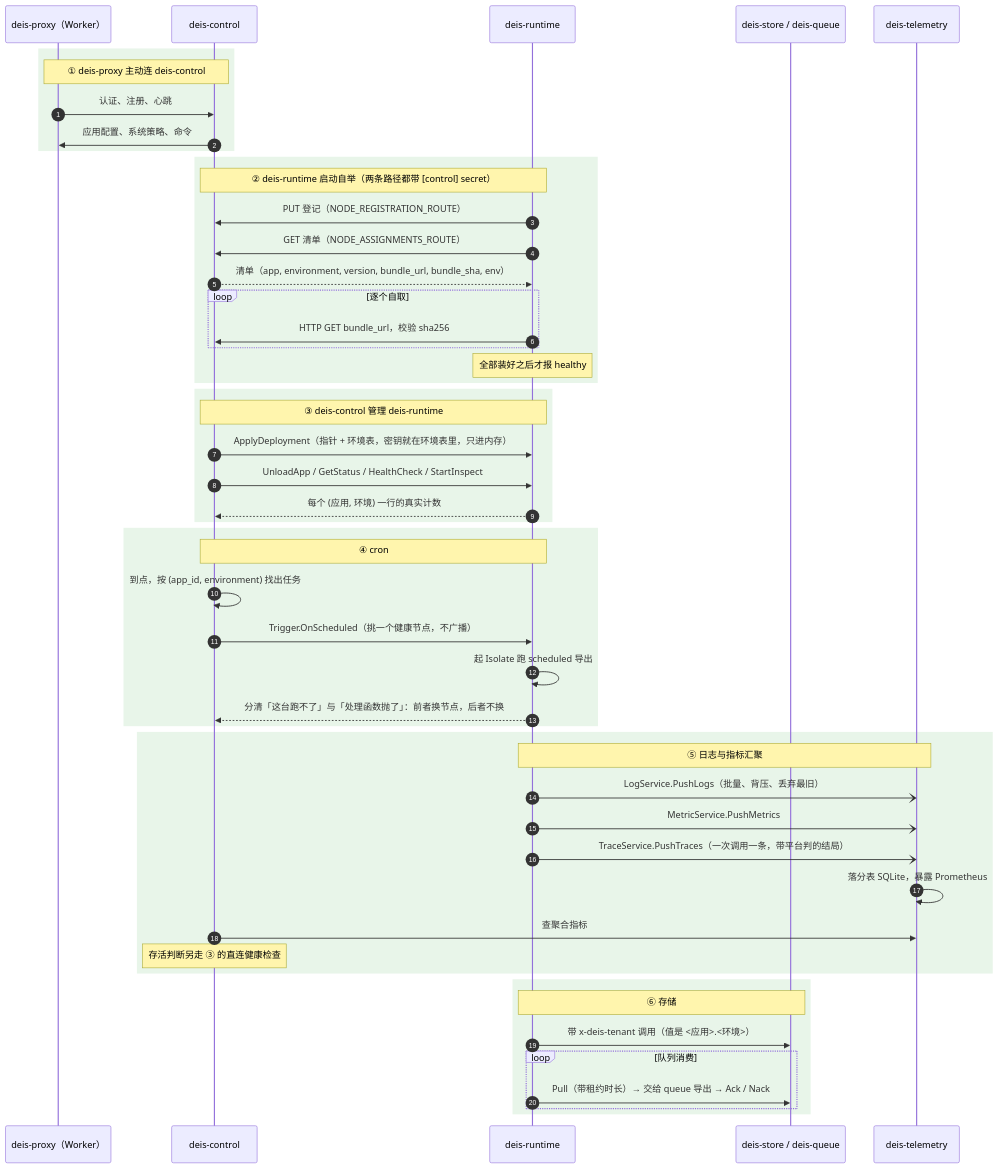
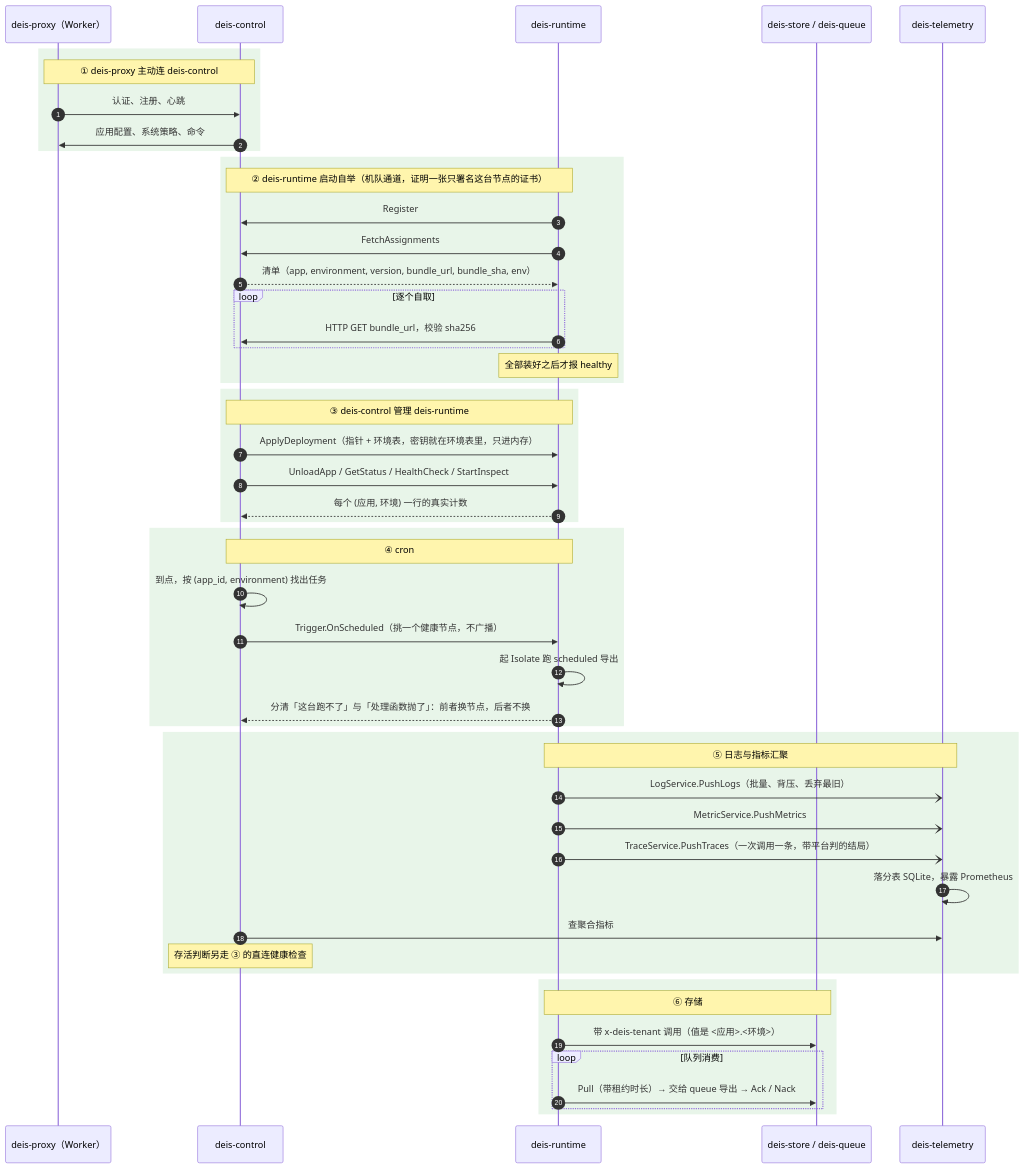
One commit to deislet/deislet changed the fifth of 6 diagrams in docs/architecture.zh.md. Above: the diagram before and after it, drawn with Mermaid. The commit also changed other lines of this file and 15 other files, not shown here.

````diff
--- a/docs/architecture.zh.md
+++ b/docs/architecture.zh.md
@@ -382,59 +385,59 @@
 ```mermaid
 sequenceDiagram
     autonumber
     participant F as deis-proxy（Worker）
     participant R as deis-control
     participant X as deis-runtime
     participant D as deis-store / deis-queue
     participant L as deis-telemetry
 
     rect rgb(232, 245, 233)
     Note over F,R: ① deis-proxy 主动连 deis-control
     F->>R: 认证、注册、心跳
     R->>F: 应用配置、系统策略、命令
     end
 
     rect rgb(232, 245, 233)
-    Note over X,R: ② deis-runtime 启动自举（两条路径都带 [control] secret）
-    X->>R: PUT 登记（NODE_REGISTRATION_ROUTE）
-    X->>R: GET 清单（NODE_ASSIGNMENTS_ROUTE）
+    Note over X,R: ② deis-runtime 启动自举（机队通道，证明一张只署名这台节点的证书）
+    X->>R: Register
+    X->>R: FetchAssignments
     R-->>X: 清单（app, environment, version, bundle_url, bundle_sha, env）
     loop 逐个自取
         X->>R: HTTP GET bundle_url，校验 sha256
     end
     Note over X: 全部装好之后才报 healthy
     end
 
     rect rgb(232, 245, 233)
     Note over R,X: ③ deis-control 管理 deis-runtime
     R->>X: ApplyDeployment（指针 + 环境表，密钥就在环境表里，只进内存）
     R->>X: UnloadApp / GetStatus / HealthCheck / StartInspect
     X-->>R: 每个 (应用, 环境) 一行的真实计数
     end
 
     rect rgb(232, 245, 233)
     Note over R,X: ④ cron
     R->>R: 到点，按 (app_id, environment) 找出任务
     R->>X: Trigger.OnScheduled（挑一个健康节点，不广播）
     X->>X: 起 Isolate 跑 scheduled 导出
     X-->>R: 分清「这台跑不了」与「处理函数抛了」：前者换节点，后者不换
     end
 
     rect rgb(232, 245, 233)
     Note over X,L: ⑤ 日志与指标汇聚
     X-)L: LogService.PushLogs（批量、背压、丢弃最旧）
     X-)L: MetricService.PushMetrics
     X-)L: TraceService.PushTraces（一次调用一条，带平台判的结局）
     L->>L: 落分表 SQLite，暴露 Prometheus
     R->>L: 查聚合指标
     Note over R: 存活判断另走 ③ 的直连健康检查
     end
 
     rect rgb(232, 245, 233)
     Note over X,D: ⑥ 存储
     X->>D: 带 x-deis-tenant 调用（值是 <应用>.<环境>）
     loop 队列消费
         X->>D: Pull（带租约时长）→ 交给 queue 导出 → Ack / Nack
     end
     end
 ```
````
